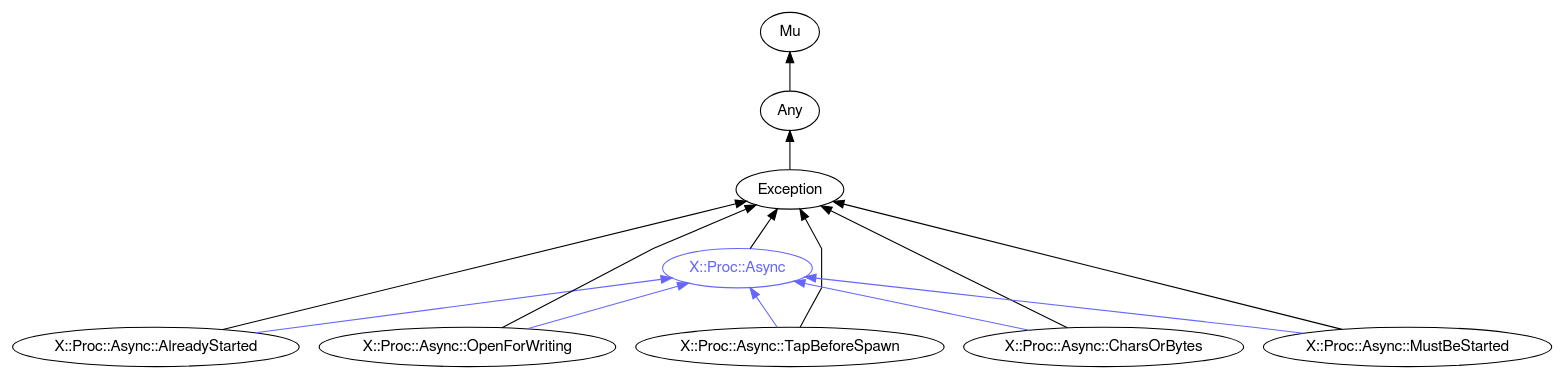
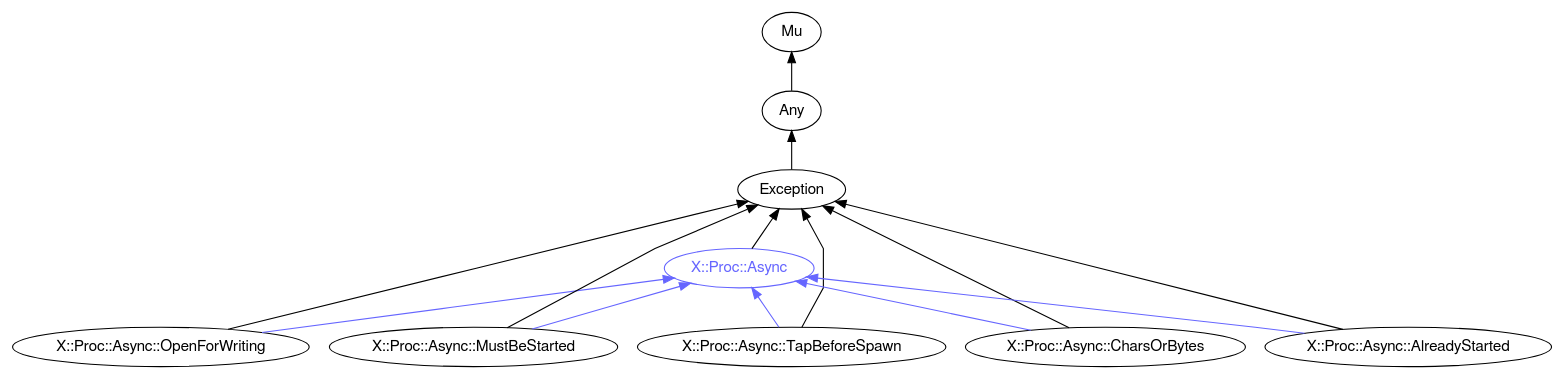
The diagram in images/type-graph-X::Proc::Async.svg.dot (perl6docs/perl6docs.github.io), drawn with Graphviz before and after one commit. The commit also changed other lines of this file and 4525 other files, not shown here.

```diff
--- a/images/type-graph-X::Proc::Async.svg.dot
+++ b/images/type-graph-X::Proc::Async.svg.dot
@@ -1,32 +1,32 @@
 digraph "perl6-type-graph" {
     rankdir=BT;
     splines=polyline;
     overlap=false; 
     // Types
     "X::Proc::Async" [color="#6666FF", fontcolor="#6666FF", href="/type/X::Proc::Async", fontname="FreeSans"];
     "Mu" [color="#000000", fontcolor="#000000", href="/type/Mu", fontname="FreeSans"];
     "Any" [color="#000000", fontcolor="#000000", href="/type/Any", fontname="FreeSans"];
     "Exception" [color="#000000", fontcolor="#000000", href="/type/Exception", fontname="FreeSans"];
-    "X::Proc::Async::AlreadyStarted" [color="#000000", fontcolor="#000000", href="/type/X::Proc::Async::AlreadyStarted", fontname="FreeSans"];
     "X::Proc::Async::OpenForWriting" [color="#000000", fontcolor="#000000", href="/type/X::Proc::Async::OpenForWriting", fontname="FreeSans"];
+    "X::Proc::Async::MustBeStarted" [color="#000000", fontcolor="#000000", href="/type/X::Proc::Async::MustBeStarted", fontname="FreeSans"];
     "X::Proc::Async::TapBeforeSpawn" [color="#000000", fontcolor="#000000", href="/type/X::Proc::Async::TapBeforeSpawn", fontname="FreeSans"];
     "X::Proc::Async::CharsOrBytes" [color="#000000", fontcolor="#000000", href="/type/X::Proc::Async::CharsOrBytes", fontname="FreeSans"];
-    "X::Proc::Async::MustBeStarted" [color="#000000", fontcolor="#000000", href="/type/X::Proc::Async::MustBeStarted", fontname="FreeSans"];
+    "X::Proc::Async::AlreadyStarted" [color="#000000", fontcolor="#000000", href="/type/X::Proc::Async::AlreadyStarted", fontname="FreeSans"];
 
     // Superclasses
     "X::Proc::Async" -> "Exception" [color="#000000"];
     "Any" -> "Mu" [color="#000000"];
     "Exception" -> "Any" [color="#000000"];
-    "X::Proc::Async::AlreadyStarted" -> "Exception" [color="#000000"];
     "X::Proc::Async::OpenForWriting" -> "Exception" [color="#000000"];
+    "X::Proc::Async::MustBeStarted" -> "Exception" [color="#000000"];
     "X::Proc::Async::TapBeforeSpawn" -> "Exception" [color="#000000"];
     "X::Proc::Async::CharsOrBytes" -> "Exception" [color="#000000"];
-    "X::Proc::Async::MustBeStarted" -> "Exception" [color="#000000"];
+    "X::Proc::Async::AlreadyStarted" -> "Exception" [color="#000000"];
 
     // Roles
-    "X::Proc::Async::AlreadyStarted" -> "X::Proc::Async" [color="#6666FF"];
     "X::Proc::Async::OpenForWriting" -> "X::Proc::Async" [color="#6666FF"];
+    "X::Proc::Async::MustBeStarted" -> "X::Proc::Async" [color="#6666FF"];
     "X::Proc::Async::TapBeforeSpawn" -> "X::Proc::Async" [color="#6666FF"];
     "X::Proc::Async::CharsOrBytes" -> "X::Proc::Async" [color="#6666FF"];
-    "X::Proc::Async::MustBeStarted" -> "X::Proc::Async" [color="#6666FF"];
+    "X::Proc::Async::AlreadyStarted" -> "X::Proc::Async" [color="#6666FF"];
 }
```
